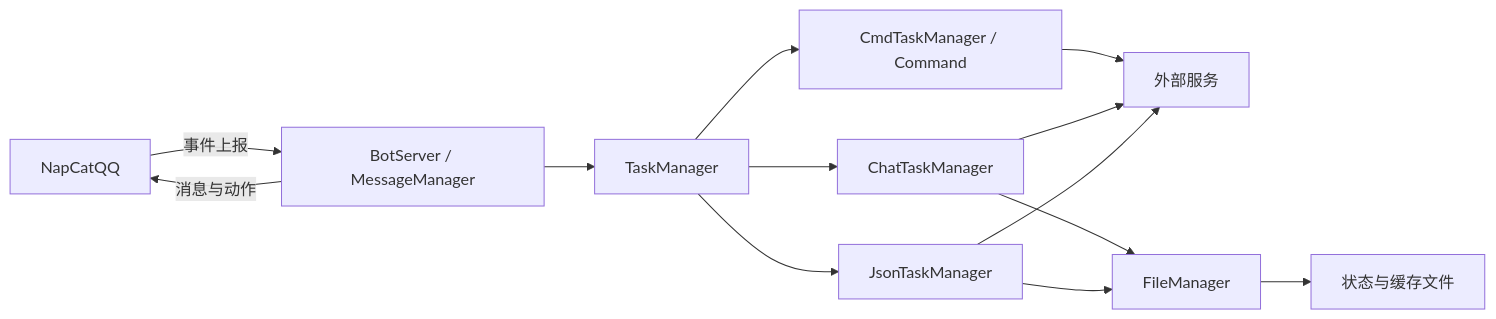
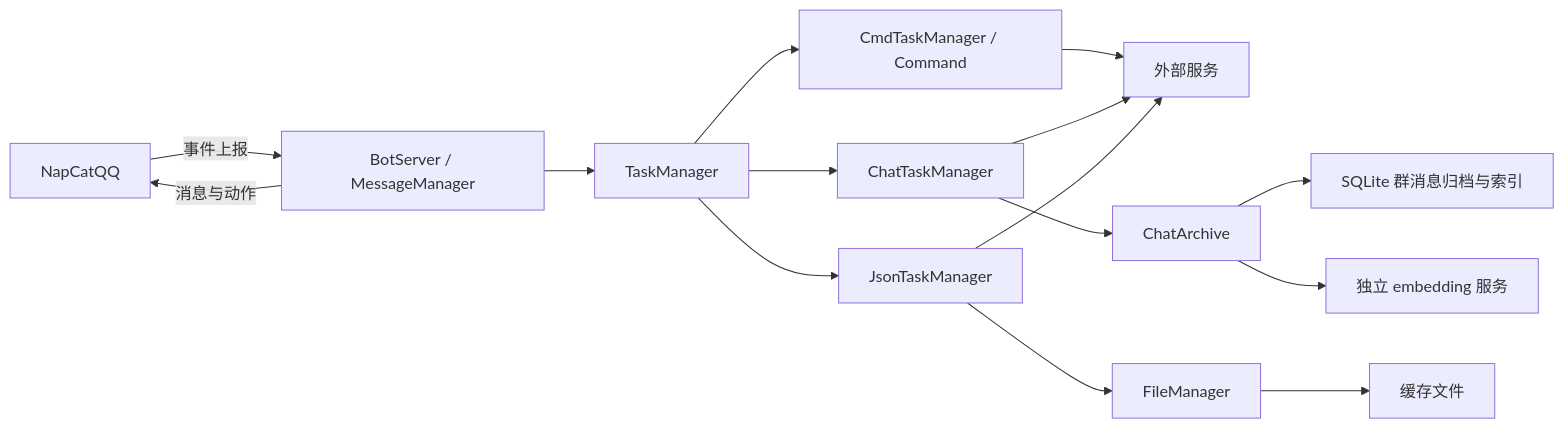
The diagram in docs/map.md (fuckth3w0r1d/PPBot), drawn with Mermaid before and after one commit. The commit also changed other lines of this file and 25 other files, not shown here.

````diff
--- a/docs/map.md
+++ b/docs/map.md
@@ -12,15 +12,17 @@
 ```mermaid
 flowchart LR
     NapCat[NapCatQQ] -->|事件上报| Edge[BotServer / MessageManager]
     Edge -->|消息与动作| NapCat
     Edge --> Task[TaskManager]
     Task --> Cmd[CmdTaskManager / Command]
     Task --> Chat[ChatTaskManager]
     Task --> Card[JsonTaskManager]
     Cmd --> External[外部服务]
     Chat --> External
     Card --> External
-    Chat --> Files[FileManager]
+    Chat --> Archive[ChatArchive]
+    Archive --> SQLite[SQLite 群消息归档与索引]
+    Archive --> Embedding[独立 embedding 服务]
     Card --> Files
-    Files --> Disk[状态与缓存文件]
+    Files[FileManager] --> Disk[缓存文件]
 ```
````
